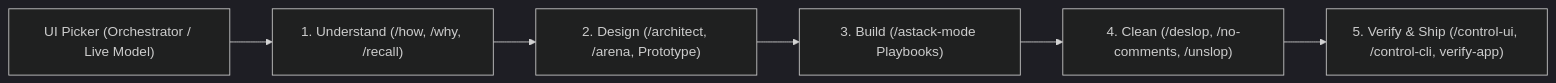
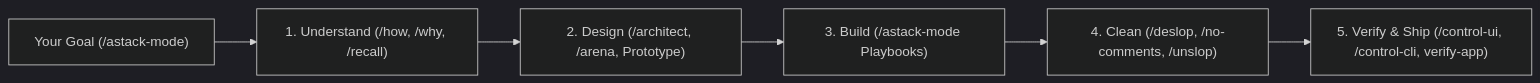
Before and after one commit to jmxt3/astack: the diagram in docs/user-guide.md, drawn with Mermaid (dark theme). The commit also changed other lines of this file and 3 other files, not shown here.

````diff
--- a/docs/user-guide.md
+++ b/docs/user-guide.md
@@ -72,8 +55,8 @@
 ```mermaid
 flowchart LR
-    UI["UI Picker (Orchestrator / Live Model)"] --> U["1. Understand (/how, /why, /recall)"]
+    G["Your Goal (/astack-mode)"] --> U["1. Understand (/how, /why, /recall)"]
     U --> D["2. Design (/architect, /arena, Prototype)"]
     D --> B["3. Build (/astack-mode Playbooks)"]
     B --> C["4. Clean (/deslop, /no-comments, /unslop)"]
     C --> V["5. Verify & Ship (/control-ui, /control-cli, verify-app)"]
 ```
````
